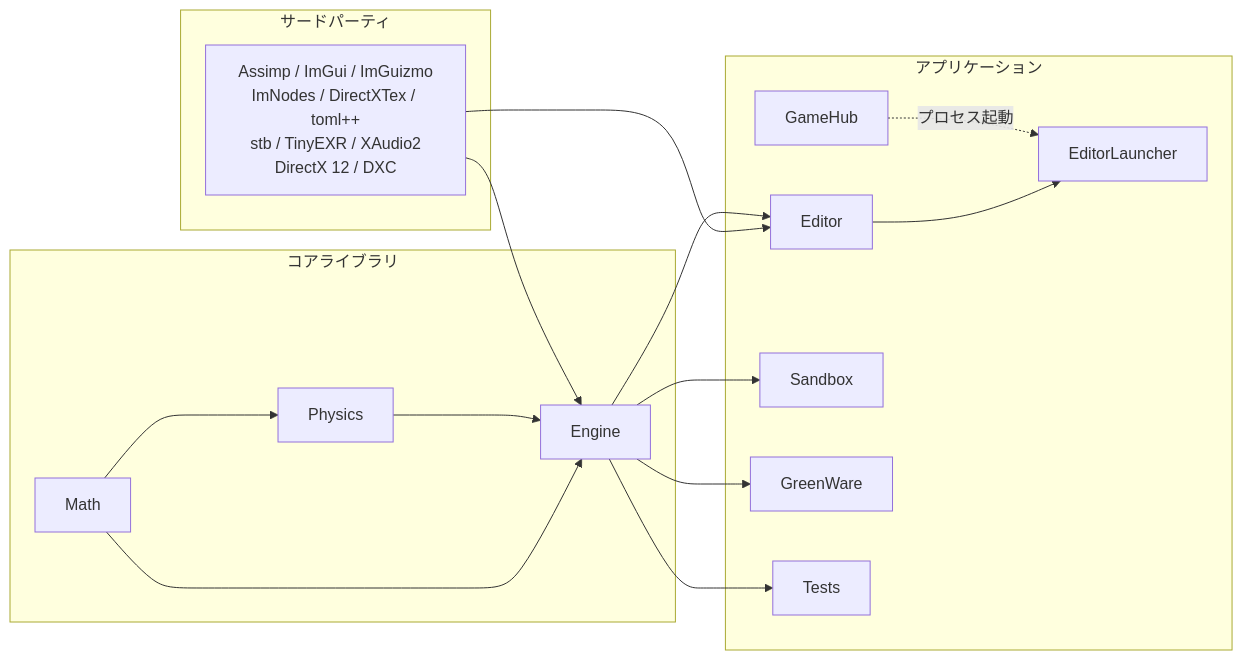
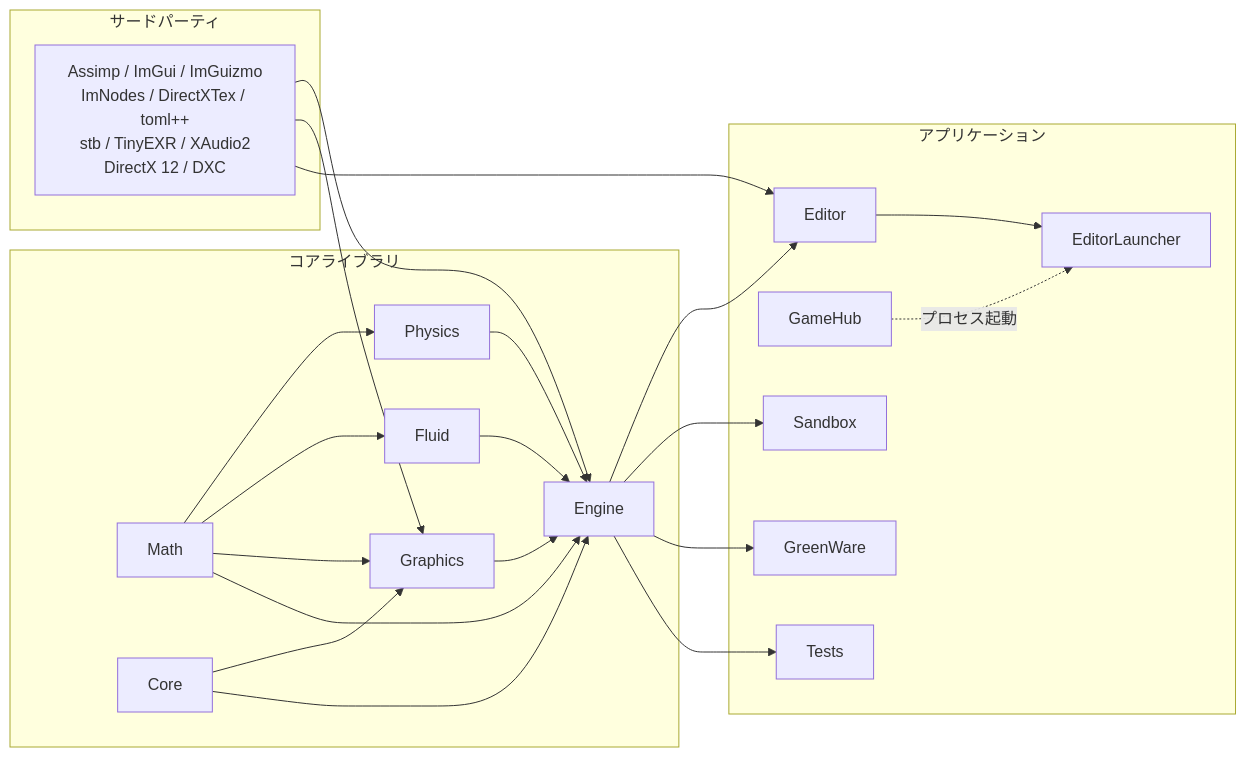
Before and after one commit to HasegawaJin/FBZZ_Engine: the first of 3 diagrams in README.md, drawn with Mermaid. The commit also changed other lines of this file and 4 other files, not shown here.

First line of the commit message:
[Design] Graphics ライブラリの分離を設計文書へ書く

````diff
--- a/README.md
+++ b/README.md
@@ -140,33 +147,43 @@
 ```mermaid
 graph LR
     subgraph サードパーティ
         TP["Assimp / ImGui / ImGuizmo\nImNodes / DirectXTex / toml++\nstb / TinyEXR / XAudio2\nDirectX 12 / DXC"]
     end
 
     subgraph コアライブラリ
         Math
+        Core
+        Graphics
         Physics
+        Fluid
         Engine
     end
 
     subgraph アプリケーション
         Editor
         EditorLauncher
         GameHub
         Sandbox
         GreenWare
         Tests
     end
 
     Math --> Physics
+    Math --> Fluid
+    Math --> Graphics
+    Core --> Graphics
+    Core --> Engine
+    Graphics --> Engine
+    Fluid --> Engine
     Math --> Engine
     Physics --> Engine
     TP --> Engine
+    TP --> Graphics
     TP --> Editor
     Engine --> Editor
     Engine --> Sandbox
     Engine --> GreenWare
     Engine --> Tests
     Editor --> EditorLauncher
     GameHub -. プロセス起動 .-> EditorLauncher
 ```
````
